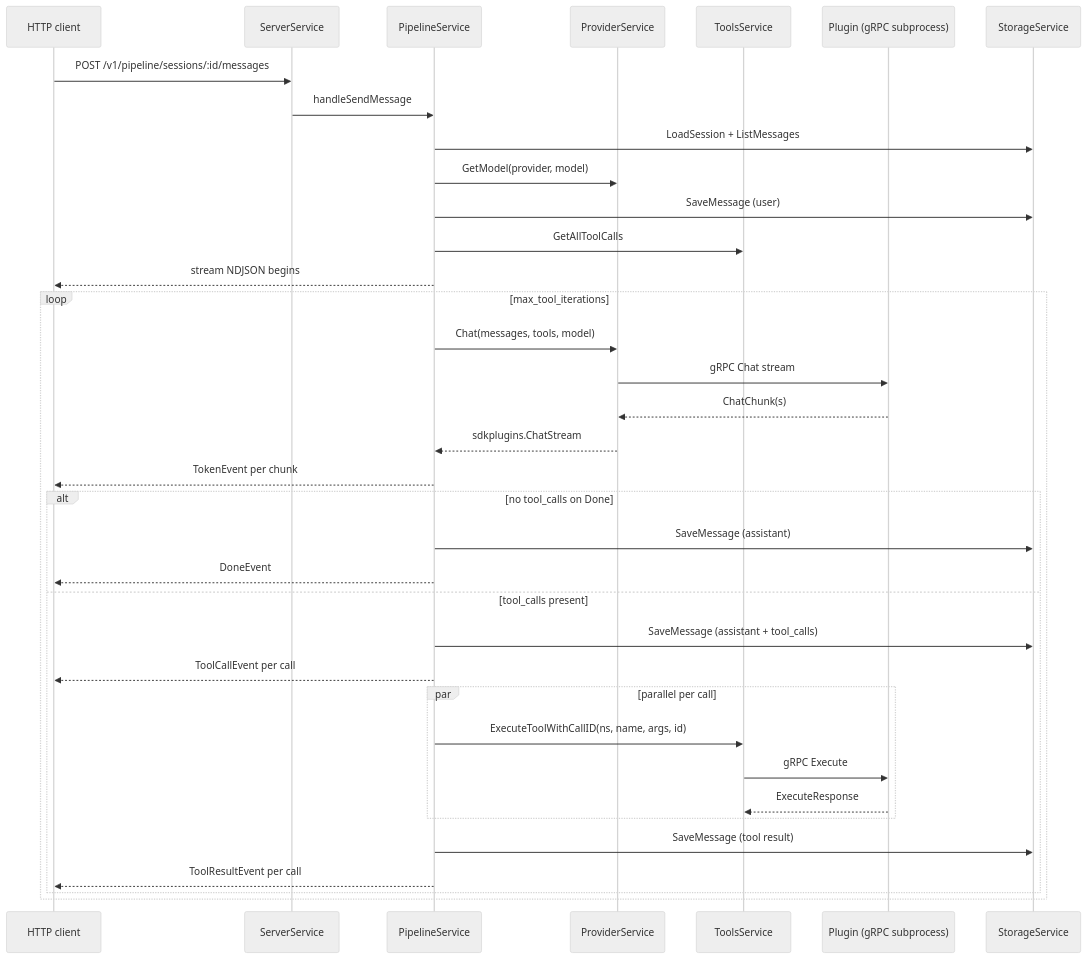
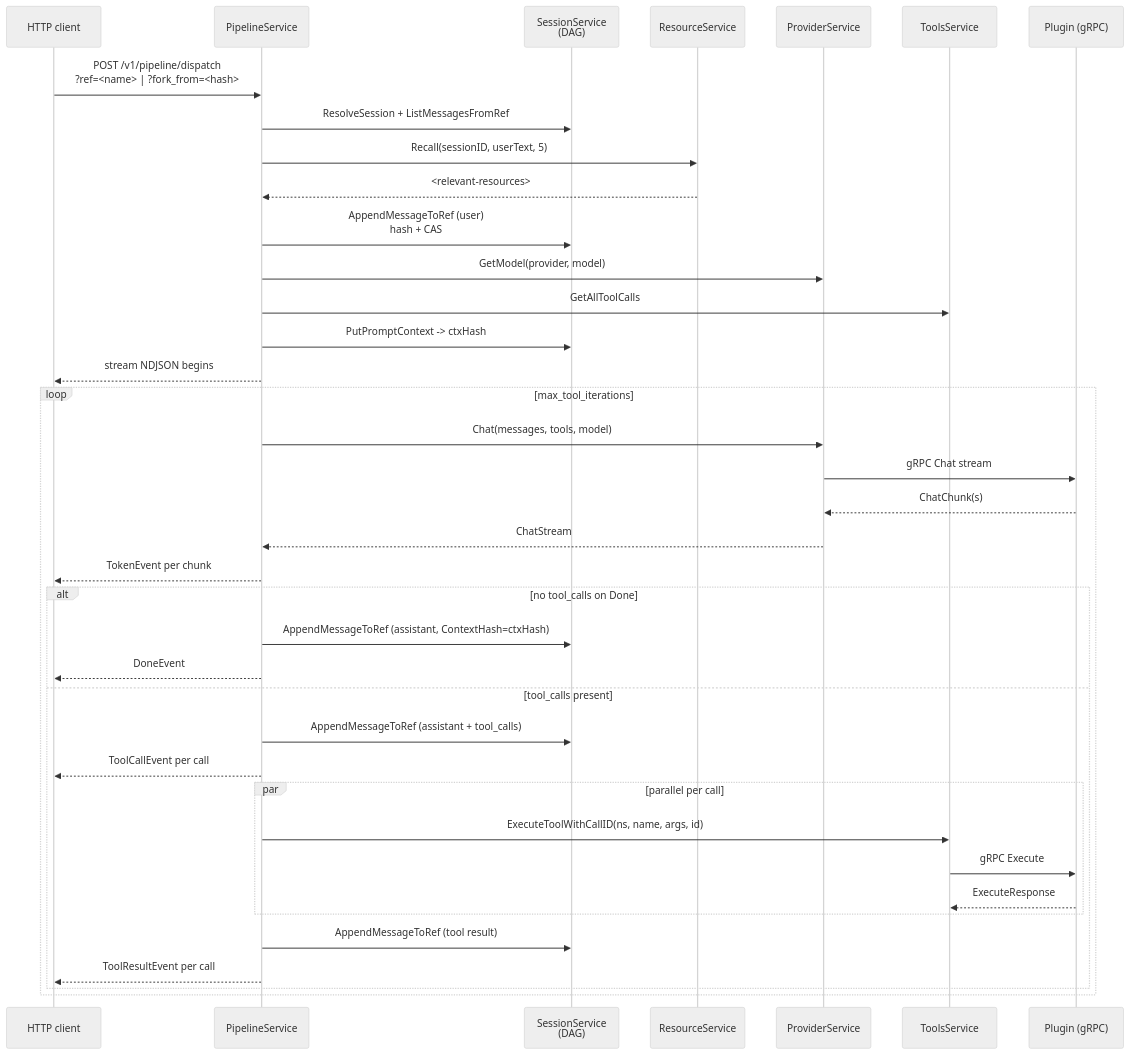
Before and after one commit to mwantia/forge: the third of 4 diagrams in CLAUDE.md, drawn with Mermaid (neutral theme). The commit also changed other lines of this file and 52 other files, not shown here.

First line of the commit message:
Migrate sessions to content-addressed Merkle DAG and replace memory with resource service

````diff
--- a/CLAUDE.md
+++ b/CLAUDE.md
@@ -167,39 +162,41 @@
 ```mermaid
 sequenceDiagram
     participant C as HTTP client
-    participant SRV as ServerService
     participant PIPE as PipelineService
+    participant SESS as SessionService<br/>(DAG)
+    participant RES as ResourceService
     participant PROV as ProviderService
     participant TOOL as ToolsService
-    participant PL as Plugin (gRPC subprocess)
-    participant STOR as StorageService
+    participant PL as Plugin (gRPC)
 
-    C->>SRV: POST /v1/pipeline/sessions/:id/messages
-    SRV->>PIPE: handleSendMessage
-    PIPE->>STOR: LoadSession + ListMessages
+    C->>PIPE: POST /v1/pipeline/dispatch<br/>?ref=<name> | ?fork_from=<hash>
+    PIPE->>SESS: ResolveSession + ListMessagesFromRef
+    PIPE->>RES: Recall(sessionID, userText, 5)
+    RES-->>PIPE: <relevant-resources>
+    PIPE->>SESS: AppendMessageToRef (user)<br/>hash + CAS
     PIPE->>PROV: GetModel(provider, model)
-    PIPE->>STOR: SaveMessage (user)
     PIPE->>TOOL: GetAllToolCalls
+    PIPE->>SESS: PutPromptContext -> ctxHash
     PIPE-->>C: stream NDJSON begins
     loop max_tool_iterations
         PIPE->>PROV: Chat(messages, tools, model)
         PROV->>PL: gRPC Chat stream
         PL-->>PROV: ChatChunk(s)
-        PROV-->>PIPE: sdkplugins.ChatStream
+        PROV-->>PIPE: ChatStream
         PIPE-->>C: TokenEvent per chunk
         alt no tool_calls on Done
-            PIPE->>STOR: SaveMessage (assistant)
+            PIPE->>SESS: AppendMessageToRef (assistant, ContextHash=ctxHash)
             PIPE-->>C: DoneEvent
         else tool_calls present
-            PIPE->>STOR: SaveMessage (assistant + tool_calls)
+            PIPE->>SESS: AppendMessageToRef (assistant + tool_calls)
             PIPE-->>C: ToolCallEvent per call
             par parallel per call
                 PIPE->>TOOL: ExecuteToolWithCallID(ns, name, args, id)
                 TOOL->>PL: gRPC Execute
                 PL-->>TOOL: ExecuteResponse
             end
-            PIPE->>STOR: SaveMessage (tool result)
+            PIPE->>SESS: AppendMessageToRef (tool result)
             PIPE-->>C: ToolResultEvent per call
         end
     end
 ```
````
